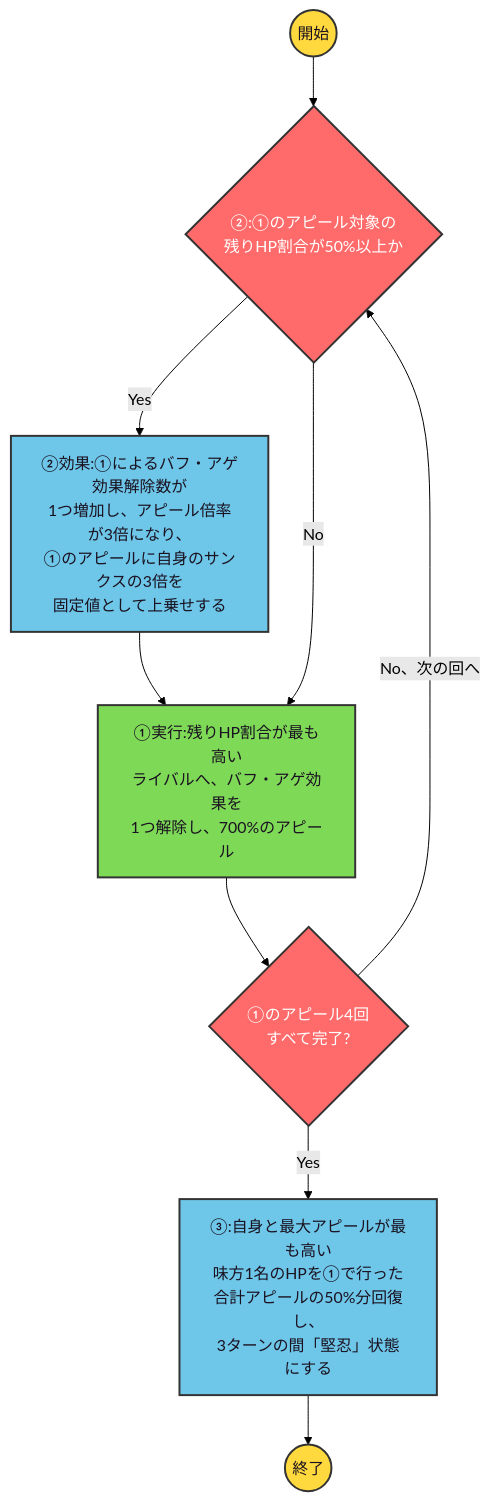
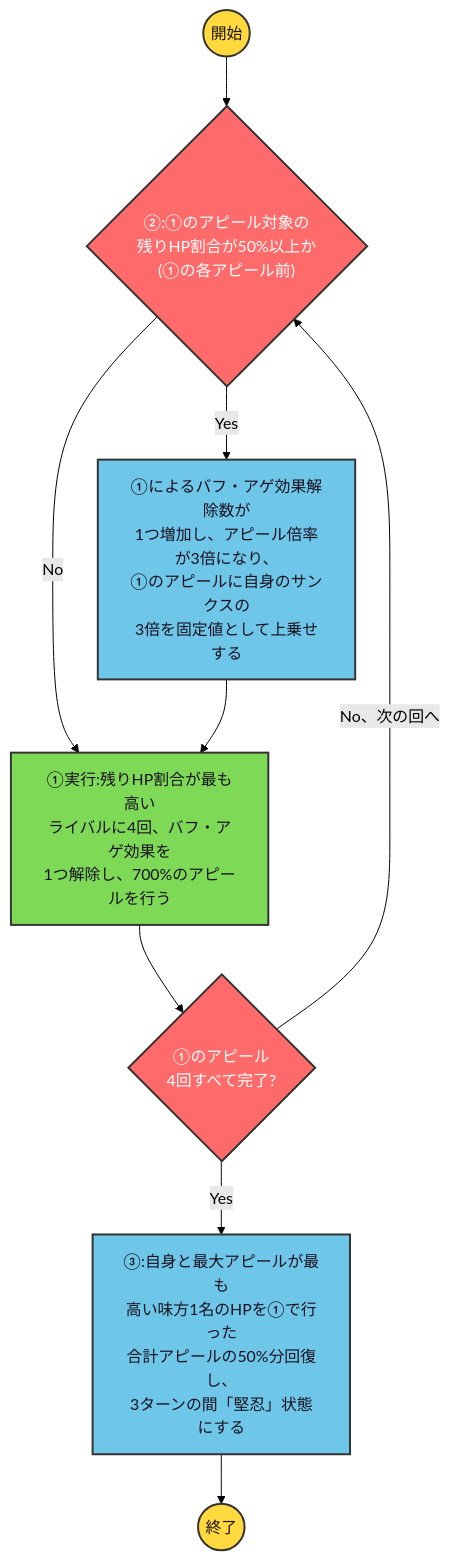
One commit to ryomochi0918/nogifra-characters changed the diagram in data/matsuo_miyu/otoshimono_skill2.mmd. Above: the diagram before and after it, drawn with Mermaid (forest theme). The commit also changed 763 other files, not shown here.

```diff
--- a/data/matsuo_miyu/otoshimono_skill2.mmd
+++ b/data/matsuo_miyu/otoshimono_skill2.mmd
@@ -1,11 +1,14 @@
 flowchart TD
     classDef startend fill:#FFD93D,stroke:#333,stroke-width:2px,color:#1a1220;
     classDef cond fill:#FF6B6B,stroke:#333,stroke-width:2px,color:#ffffff;
     classDef effect fill:#6EC6E8,stroke:#333,stroke-width:2px,color:#1a1220;
     classDef action fill:#7ED957,stroke:#333,stroke-width:2px,color:#1a1220;
 
-    start(("開始")):::startend --> c2{"②:①のアピール対象の<br/>残りHP割合が50%以上か"}:::cond
-    c2 -->|"Yes"| e2["②効果:①によるバフ・アゲ効果解除数が<br/>1つ増加し、アピール倍率が3倍になり、<br/>①のアピールに自身のサンクスの3倍を<br/>固定値として上乗せする"]:::effect --> a1
-    c2 -->|"No"| a1["①実行:残りHP割合が最も高い<br/>ライバルへ、バフ・アゲ効果を<br/>1つ解除し、700%のアピール"]:::action --> loop{"①のアピール4回<br/>すべて完了?"}:::cond
-    loop -->|"No、次の回へ"| c2
-    loop -->|"Yes"| e3["③:自身と最大アピールが最も高い<br/>味方1名のHPを①で行った<br/>合計アピールの50%分回復し、<br/>3ターンの間「堅忍」状態にする"]:::effect --> finish(("終了")):::startend
+    start(("開始")):::startend --> c2{"②:①のアピール対象の<br/>残りHP割合が50%以上か<br/>(①の各アピール前)"}:::cond
+    c2 -->|"Yes"| e2["①によるバフ・アゲ効果解除数が<br/>1つ増加し、アピール倍率が3倍になり、<br/>①のアピールに自身のサンクスの<br/>3倍を固定値として上乗せする"]:::effect
+    c2 -->|"No"| a1["①実行:残りHP割合が最も高い<br/>ライバルに4回、バフ・アゲ効果を<br/>1つ解除し、700%のアピールを行う"]:::action
+    e2 --> a1
+    a1 --> lc1{"①のアピール<br/>4回すべて完了?"}:::cond
+    lc1 -->|"Yes"| e3["③:自身と最大アピールが最も<br/>高い味方1名のHPを①で行った<br/>合計アピールの50%分回復し、<br/>3ターンの間「堅忍」状態にする"]:::effect
+    lc1 -->|"No、次の回へ"| c2
+    e3 --> finish(("終了")):::startend
```
